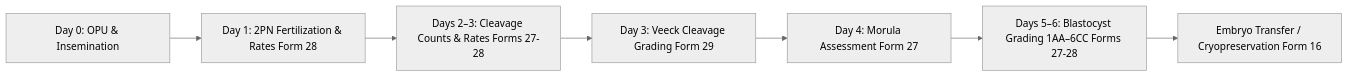
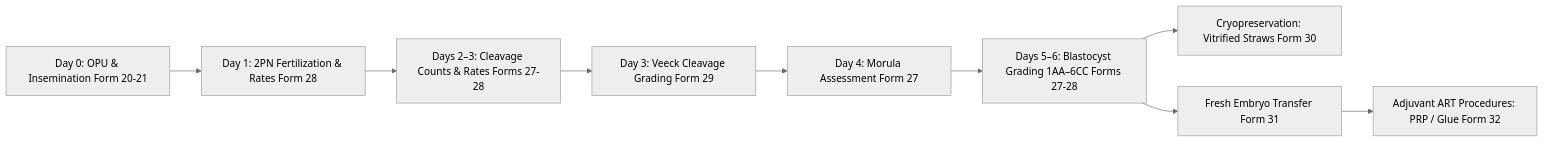
The first of 2 diagrams in docs/records/2026-10-14/presentation_notes.md (MET4L-DS/open-mrs), drawn with Mermaid (neutral theme) before and after one commit. The commit also changed other lines of this file and 24 other files, not shown here.

````diff
--- a/docs/records/2026-10-14/presentation_notes.md
+++ b/docs/records/2026-10-14/presentation_notes.md
@@ -17,9 +17,11 @@
 ```mermaid
 flowchart LR
-    A[Day 0: OPU & Insemination] --> B[Day 1: 2PN Fertilization & Rates Form 28]
+    A[Day 0: OPU & Insemination Form 20-21] --> B[Day 1: 2PN Fertilization & Rates Form 28]
     B --> C[Days 2–3: Cleavage Counts & Rates Forms 27-28]
     C --> D[Day 3: Veeck Cleavage Grading Form 29]
     D --> E[Day 4: Morula Assessment Form 27]
     E --> F[Days 5–6: Blastocyst Grading 1AA–6CC Forms 27-28]
-    F --> G[Embryo Transfer / Cryopreservation Form 16]
+    F --> G[Cryopreservation: Vitrified Straws Form 30]
+    F --> H[Fresh Embryo Transfer Form 31]
+    H --> I[Adjuvant ART Procedures: PRP / Glue Form 32]
 ```
````
